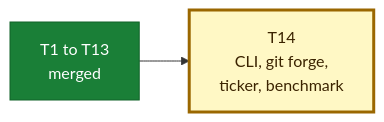
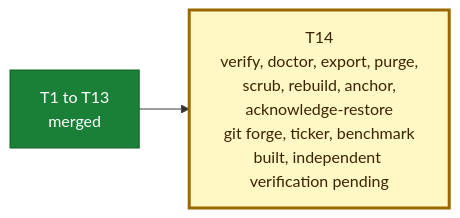
Before and after one commit to crenshawdev/baley: the second of 2 diagrams in docs/roadmap.md, drawn with Mermaid. The commit also changed other lines of this file and 5 other files, not shown here.

````diff
--- a/docs/roadmap.md
+++ b/docs/roadmap.md
@@ -60,14 +60,14 @@
 ```mermaid
 flowchart LR
     T1["T1 to T13<br/>merged"]
-    T14["T14<br/>CLI, git forge,<br/>ticker, benchmark"]
+    T14["T14<br/>verify, doctor, export, purge,<br/>scrub, rebuild, anchor,<br/>acknowledge-restore<br/>git forge, ticker, benchmark<br/>built, independent verification pending"]
 
     T1 --> T14
 
     classDef done fill:#1a7f37,stroke:#116329,color:#ffffff
     classDef next fill:#fff8c5,stroke:#9a6700,stroke-width:3px,color:#3b2300
     classDef planned fill:#eaeef2,stroke:#6e7781,color:#24292f
 
     class T1 done
     class T14 next
 ```
````
